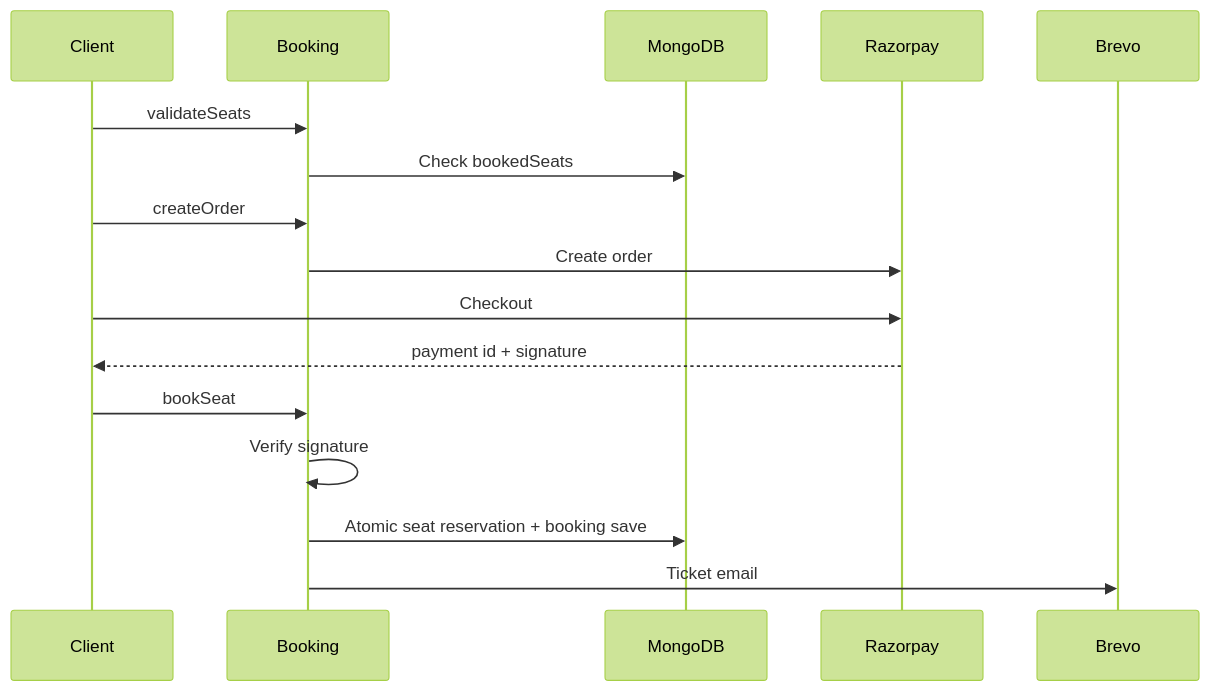
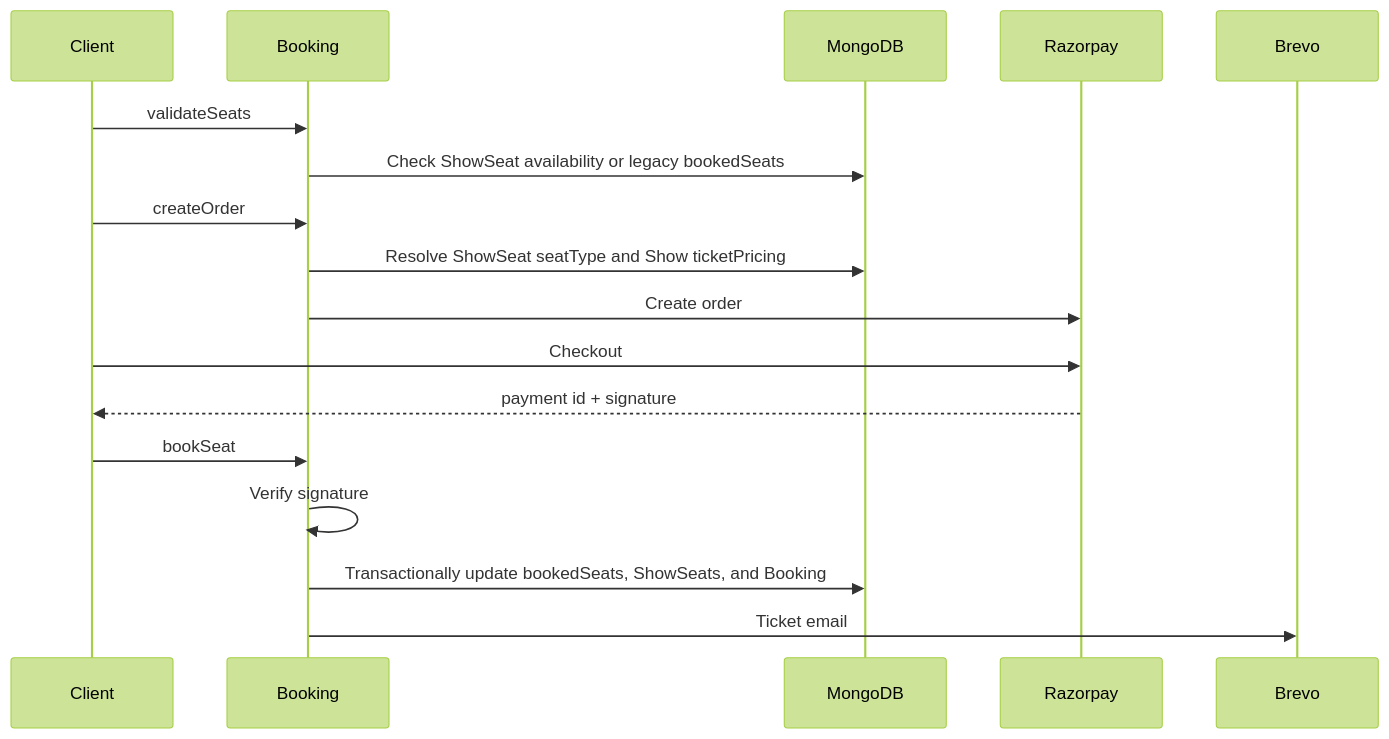
Before and after one commit to Shravan-509/BookMyShow: the seventh of 9 diagrams in docs/DIAGRAMS.md, drawn with Mermaid (forest theme). The commit also changed other lines of this file and 13 other files, not shown here.

Commit message:
docs(show-seats): document Phase 4B booking and pricing integration

````diff
--- a/docs/DIAGRAMS.md
+++ b/docs/DIAGRAMS.md
@@ -93,13 +98,14 @@
 ```mermaid
 sequenceDiagram
     Client->>Booking: validateSeats
-    Booking->>MongoDB: Check bookedSeats
+    Booking->>MongoDB: Check ShowSeat availability or legacy bookedSeats
     Client->>Booking: createOrder
+    Booking->>MongoDB: Resolve ShowSeat seatType and Show ticketPricing
     Booking->>Razorpay: Create order
     Client->>Razorpay: Checkout
     Razorpay-->>Client: payment id + signature
     Client->>Booking: bookSeat
     Booking->>Booking: Verify signature
-    Booking->>MongoDB: Atomic seat reservation + booking save
+    Booking->>MongoDB: Transactionally update bookedSeats, ShowSeats, and Booking
     Booking->>Brevo: Ticket email
 ```
````
